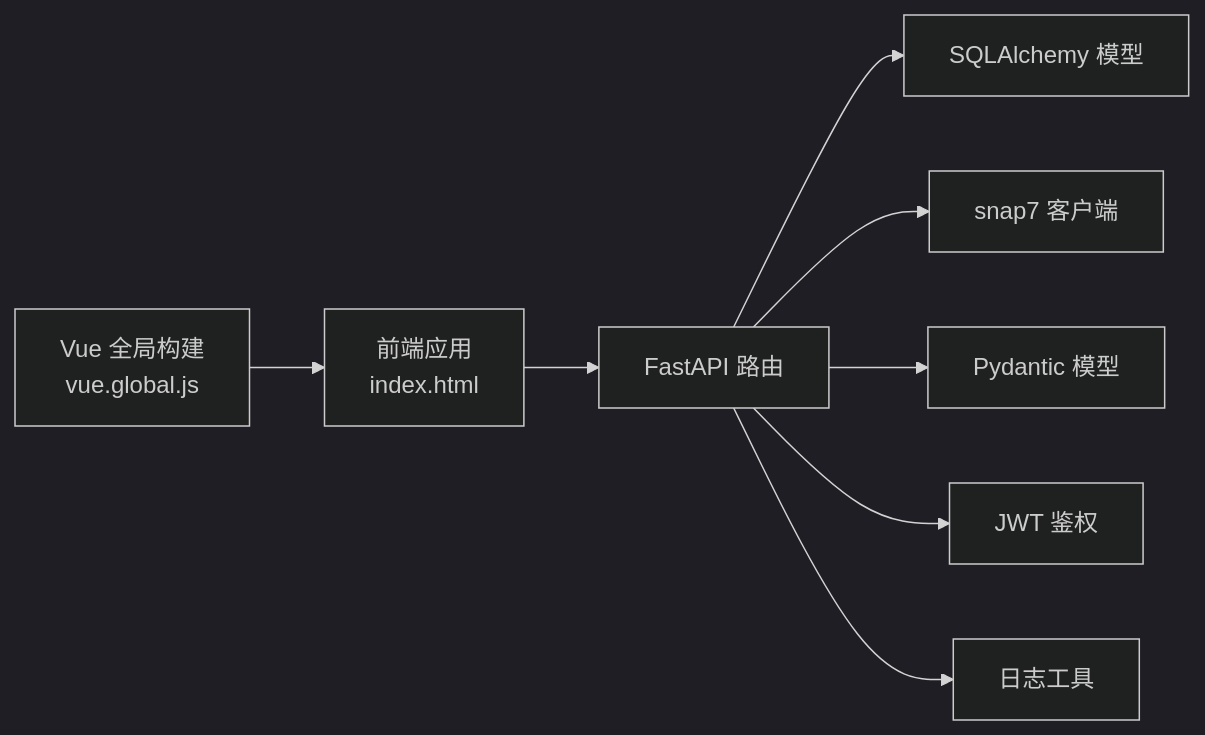
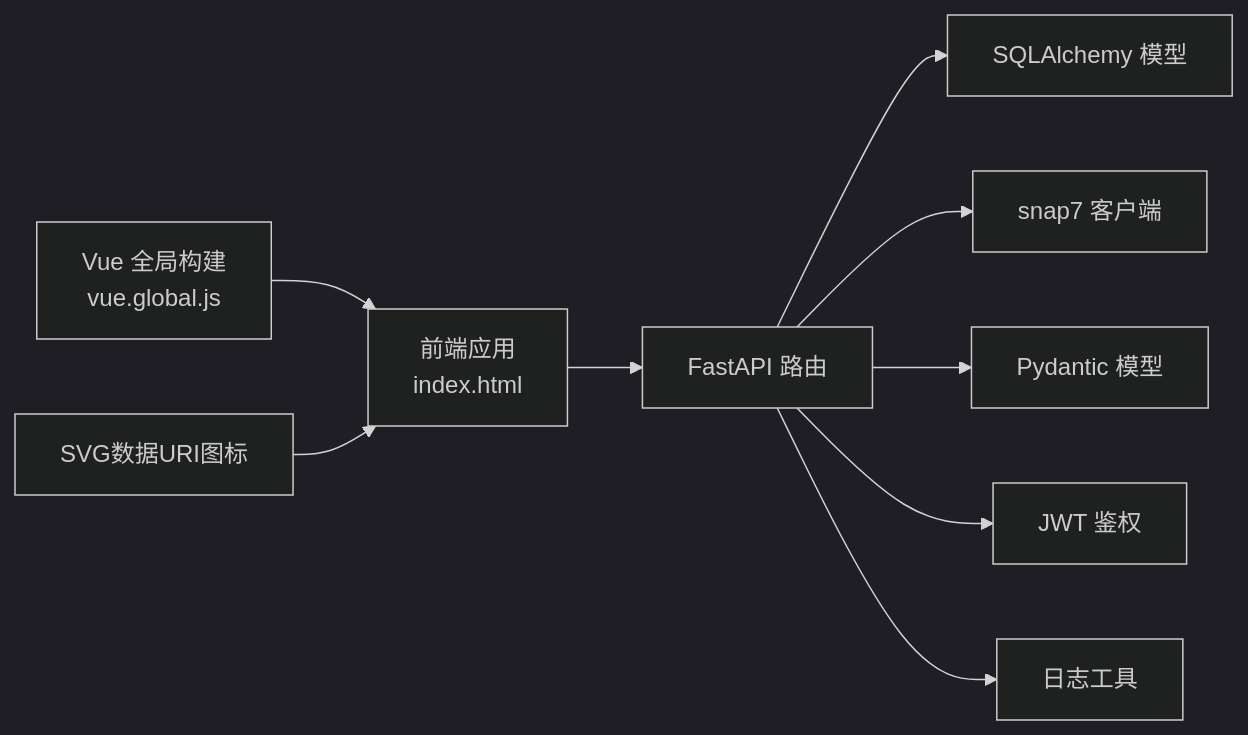
One commit to pcb0y/plctodb changed the seventh of 7 diagrams in .qoder/repowiki/zh/content/前端开发.md. Above: the diagram before and after it, drawn with Mermaid (dark theme). The commit also changed other lines of this file and 4 other files, not shown here.

````diff
--- a/.qoder/repowiki/zh/content/前端开发.md
+++ b/.qoder/repowiki/zh/content/前端开发.md
@@ -376,10 +395,11 @@
 ```mermaid
 graph LR
 Vue["Vue 全局构建<br/>vue.global.js"] --> App["前端应用<br/>index.html"]
 App --> API["FastAPI 路由"]
 API --> Models["SQLAlchemy 模型"]
 API --> PLC["snap7 客户端"]
 API --> Schemas["Pydantic 模型"]
 API --> JWT["JWT 鉴权"]
 API --> Logger["日志工具"]
+Favicon["SVG数据URI图标"] --> App
 ```
````
